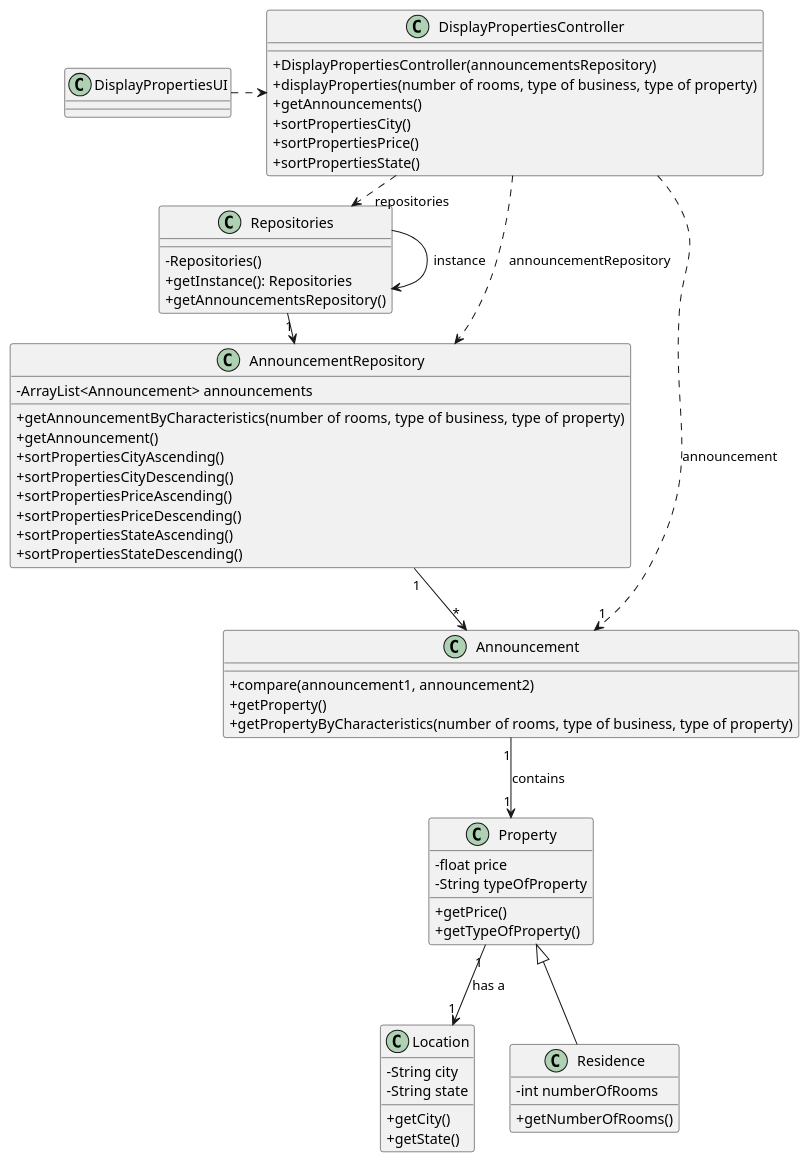
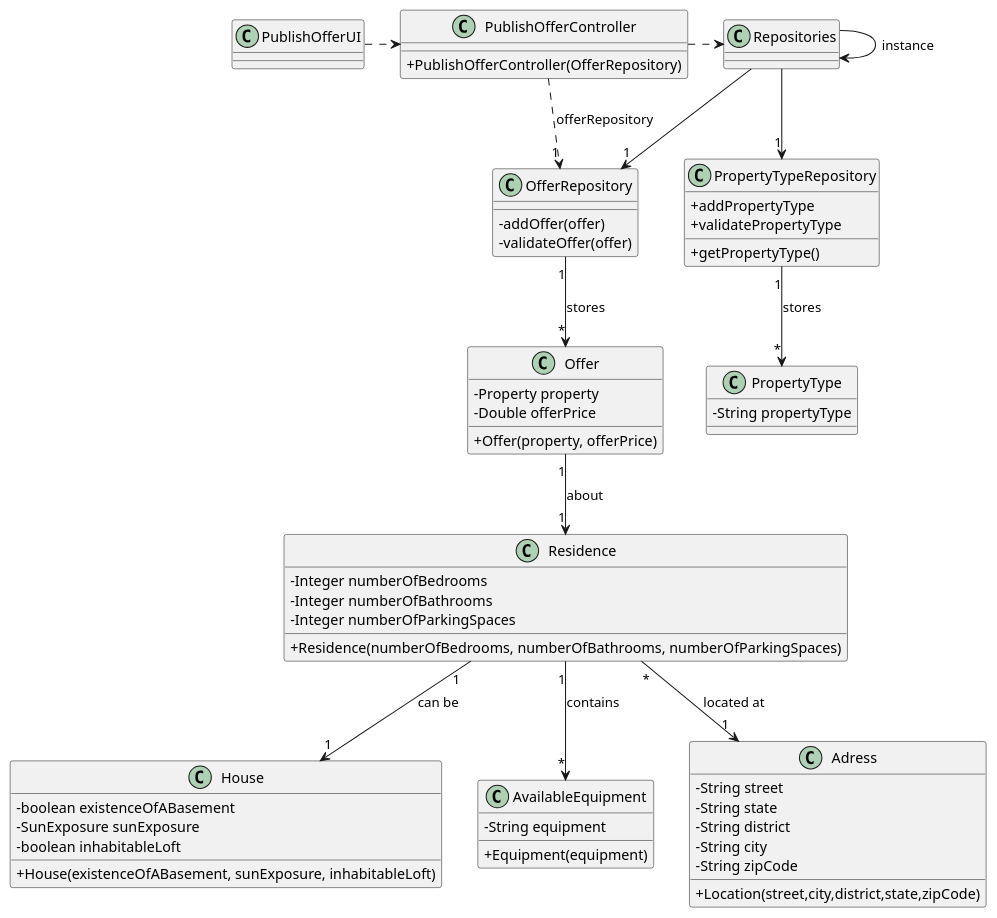
The diagram in docs/sprintC/us010/03.design/puml/us010-class-diagram.puml (1220812/LAPR2), drawn with PlantUML before and after one commit. The commit also changed 6 other files, not shown here.

Commit message:
us010 domain model and class diagram finished, code started

```diff
--- a/docs/sprintC/us010/03.design/puml/us010-class-diagram.puml
+++ b/docs/sprintC/us010/03.design/puml/us010-class-diagram.puml
@@ -1,83 +1,88 @@
 @startuml
 'skinparam monochrome true
 skinparam packageStyle rectangle
 skinparam shadowing false
 skinparam linetype polyline
 skinparam linetype orto
 
 skinparam classAttributeIconSize 0
 
 'left to right direction
 
-class Property{
--float price
--String typeOfProperty
-+getPrice()
-+getTypeOfProperty()
+class Offer {
+    - Property property
+    - Double offerPrice
+    + Offer(property, offerPrice)
 }
 
-class Location{
--String city
--String state
-+getCity()
-+getState()
+class OfferRepository {
+    - addOffer(offer)
+    - validateOffer(offer)
 }
 
-class Residence{
--int numberOfRooms
-+getNumberOfRooms()
+class PublishOfferController {
+    + PublishOfferController(OfferRepository)
 }
 
-class DisplayPropertiesUI{
+class Residence {
+    - Integer numberOfBedrooms
+    - Integer numberOfBathrooms
+    - Integer numberOfParkingSpaces
+    + Residence(numberOfBedrooms, numberOfBathrooms, numberOfParkingSpaces)
 }
 
-class DisplayPropertiesController{
-+DisplayPropertiesController(announcementsRepository)
-+displayProperties(number of rooms, type of business, type of property)
-+getAnnouncements()
-+sortPropertiesCity()
-+sortPropertiesPrice()
-+sortPropertiesState()
+class House {
+    - boolean existenceOfABasement
+    - SunExposure sunExposure
+    - boolean inhabitableLoft
+    + House(existenceOfABasement, sunExposure, inhabitableLoft)
 }
 
-class Announcement{
-+compare(announcement1, announcement2)
-+getProperty()
-+getPropertyByCharacteristics(number of rooms, type of business, type of property)
+class AvailableEquipment {
+    - String equipment
+    + Equipment(equipment)
 }
 
-class Repositories{
--Repositories()
-+getInstance(): Repositories
-+getAnnouncementsRepository()
+class Adress {
+    - String street
+    - String state
+    - String district
+    - String city
+    - String zipCode
+    + Location(street,city,district,state,zipCode)
 }
 
-class AnnouncementRepository{
--ArrayList<Announcement> announcements
-+getAnnouncementByCharacteristics(number of rooms, type of business, type of property)
-+getAnnouncement()
-+sortPropertiesCityAscending()
-+sortPropertiesCityDescending()
-+sortPropertiesPriceAscending()
-+sortPropertiesPriceDescending()
-+sortPropertiesStateAscending()
-+sortPropertiesStateDescending()
+class PropertyTypeRepository {
+    + addPropertyType
+    + validatePropertyType
+    + getPropertyType()
 }
 
+class Repositories {
+}
+
+class PropertyType {
+    - String propertyType
+}
 
 Repositories -> Repositories : instance
 
-DisplayPropertiesUI .> DisplayPropertiesController
-DisplayPropertiesController .> Repositories : repositories
+PublishOfferUI .> PublishOfferController
+PublishOfferController .> Repositories
 
-Repositories -> "1" AnnouncementRepository
+Repositories --> "1" PropertyTypeRepository
+Repositories --> "1" OfferRepository
 
-DisplayPropertiesController ..> AnnouncementRepository : announcementRepository
+PropertyTypeRepository "1" --> "*" PropertyType : stores
+OfferRepository "1" --> "*" Offer : stores
 
-AnnouncementRepository "1" --> "*" Announcement
-DisplayPropertiesController ..> "1" Announcement : announcement
-Announcement "1" --> "1" Property : contains
-Property <|-- Residence
-Property "1" --> "1" Location : has a
+PublishOfferController ..> "1" OfferRepository : offerRepository
+Residence "*" --> "1" Adress : located at
+
+Offer "1" --> "1" Residence : about
+Residence "1" --> "1" House : can be
+Residence "1" --> "*" AvailableEquipment : contains
+
+
 
 @enduml
```
